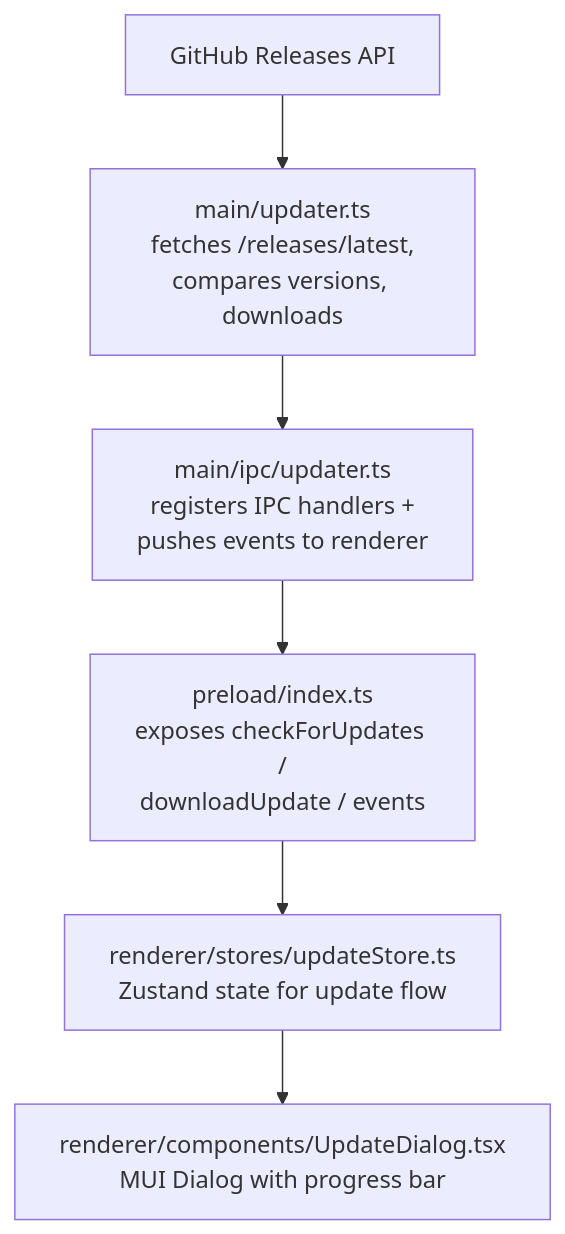
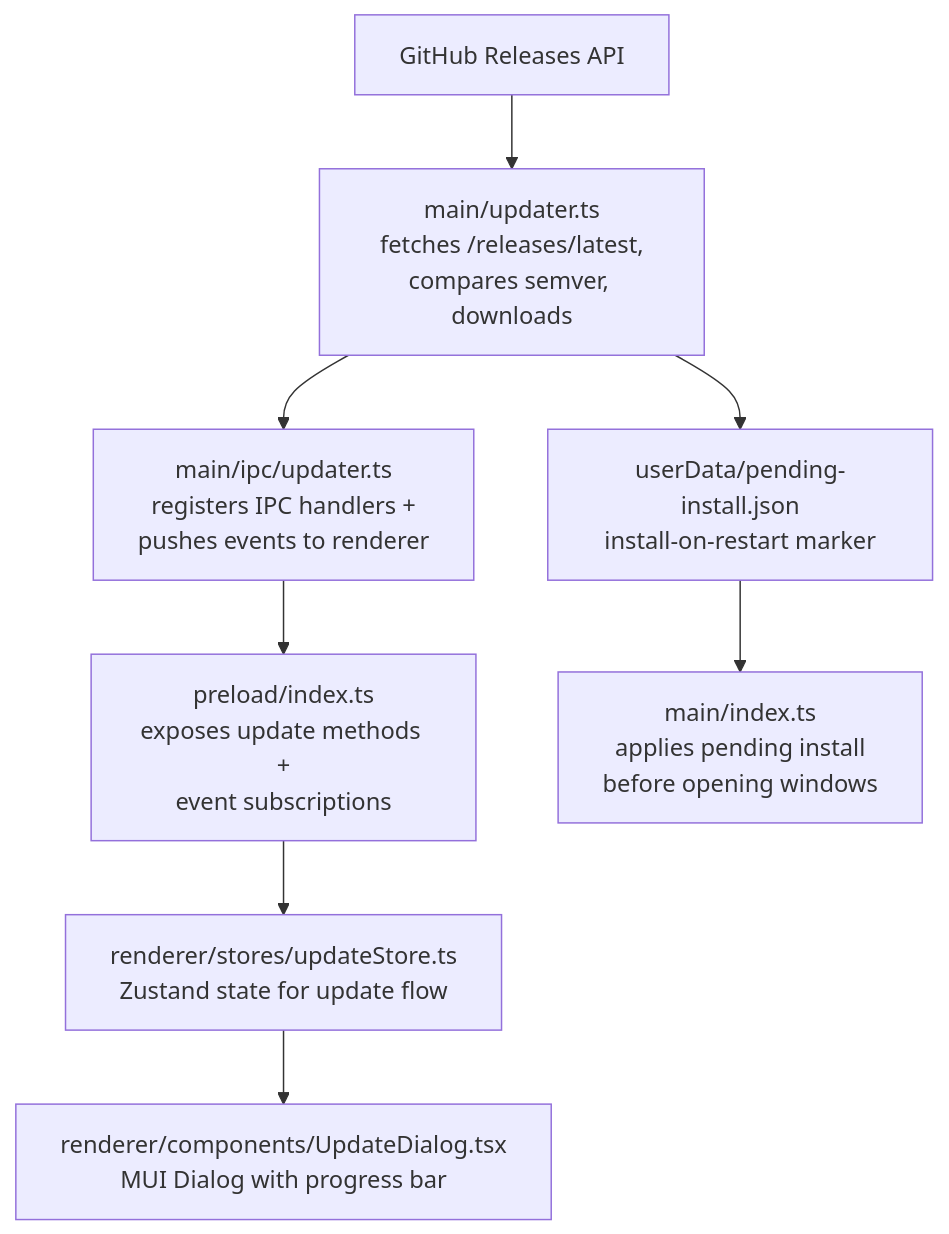
The diagram in docs/UPDATE_MANAGER.md (Sandeepv68/EncodeX), drawn with Mermaid before and after one commit. The commit also changed other lines of this file and 563 other files, not shown here.

````diff
--- a/docs/UPDATE_MANAGER.md
+++ b/docs/UPDATE_MANAGER.md
@@ -14,8 +11,10 @@
 ```mermaid
 flowchart TD
-    GH["GitHub Releases API"] --> U["main/updater.ts<br/>fetches /releases/latest,<br/>compares versions, downloads"]
+    GH["GitHub Releases API"] --> U["main/updater.ts<br/>fetches /releases/latest,<br/>compares semver, downloads"]
     U --> I["main/ipc/updater.ts<br/>registers IPC handlers +<br/>pushes events to renderer"]
-    I --> P["preload/index.ts<br/>exposes checkForUpdates /<br/>downloadUpdate / events"]
+    I --> P["preload/index.ts<br/>exposes update methods +<br/>event subscriptions"]
     P --> S["renderer/stores/updateStore.ts<br/>Zustand state for update flow"]
     S --> D2["renderer/components/UpdateDialog.tsx<br/>MUI Dialog with progress bar"]
+    U --> M["userData/pending-install.json<br/>install-on-restart marker"]
+    M --> B["main/index.ts<br/>applies pending install<br/>before opening windows"]
 ```
````
